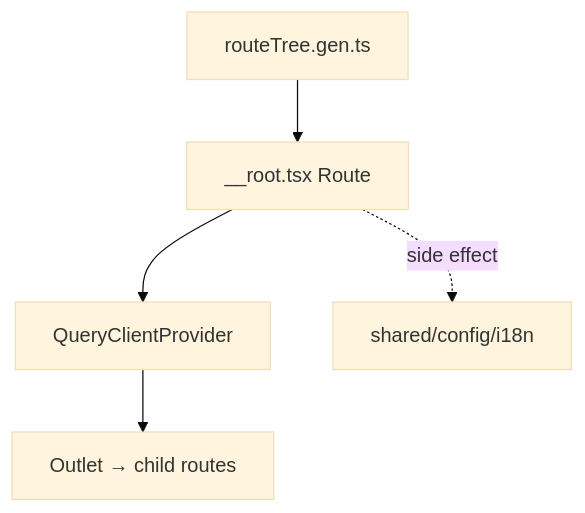
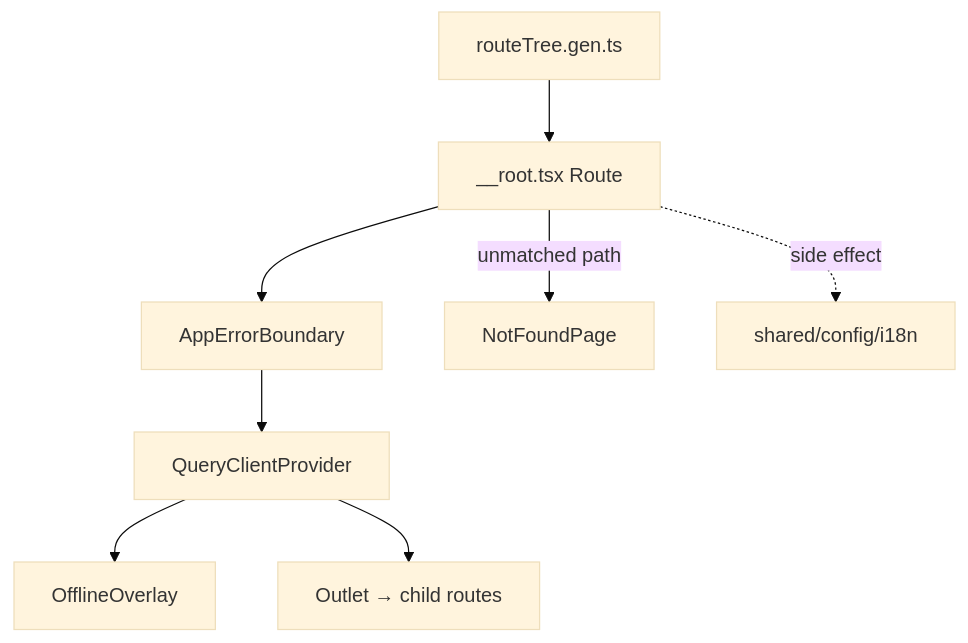
One commit to AzamatRaimbekov2/openCreate changed the diagram in apps/web/src/routes/__root.tsx.md. Above: the diagram before and after it, drawn with Mermaid (base theme). The commit also changed other lines of this file and 39 other files, not shown here.

````diff
--- a/apps/web/src/routes/__root.tsx.md
+++ b/apps/web/src/routes/__root.tsx.md
@@ -19,7 +19,10 @@
 ```mermaid
 flowchart TD
   RT[routeTree.gen.ts] --> ROOT[__root.tsx Route]
-  ROOT --> QP[QueryClientProvider]
+  ROOT --> EB[AppErrorBoundary]
+  EB --> QP[QueryClientProvider]
+  QP --> OV[OfflineOverlay]
   QP --> OUT[Outlet → child routes]
+  ROOT -->|unmatched path| NF[NotFoundPage]
   ROOT -. side effect .-> I18N[shared/config/i18n]
 ```
````
